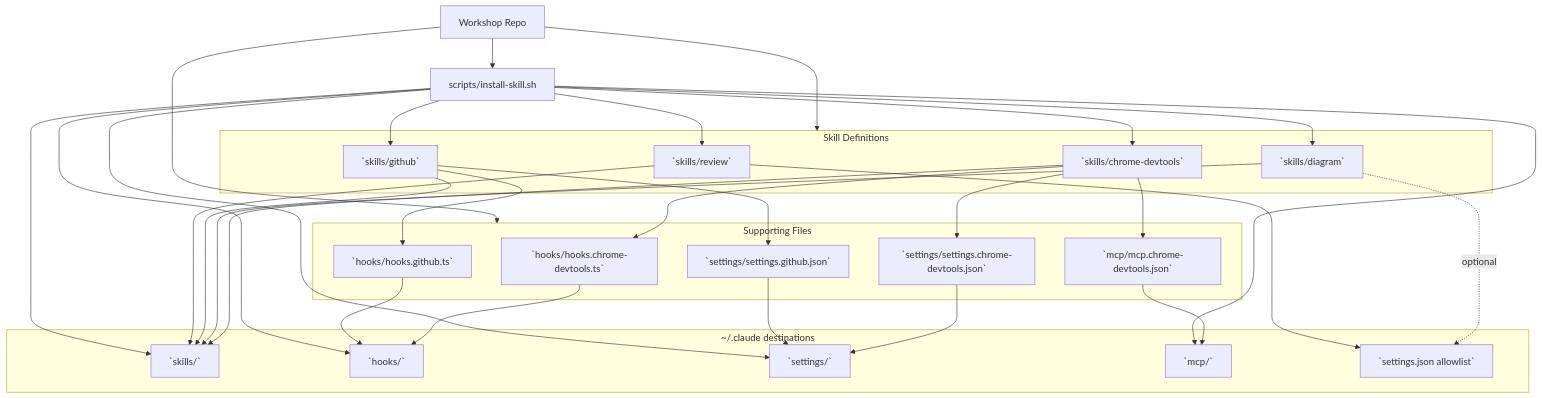
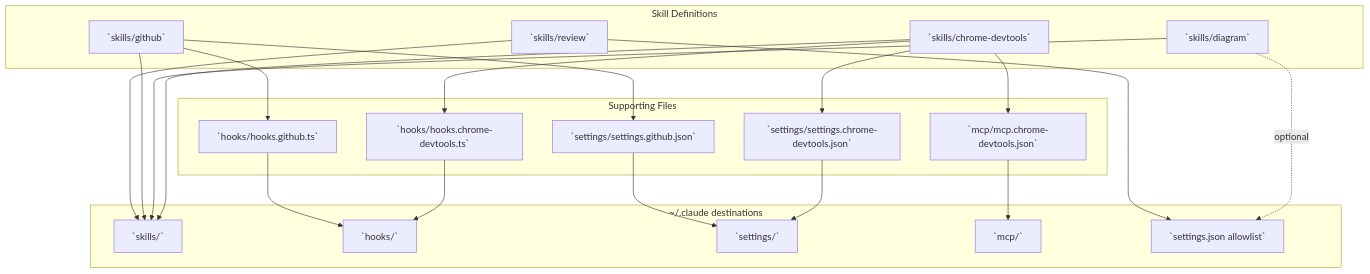
The diagram in README.md (nsportsman/claude-workshop-skills), drawn with Mermaid before and after one commit. The commit also changed other lines of this file, not shown here.

Commit message:
Trim architecture diagram to skills and support files

````diff
--- a/README.md
+++ b/README.md
@@ -18,63 +18,46 @@
 ```mermaid
 flowchart TB
-    Repo[Workshop Repo]
-    Script[scripts/install-skill.sh]
-
-    Repo --> Script
-    Repo --> Skills
-    Repo --> Support
-
     subgraph Skills["Skill Definitions"]
         Chrome[`skills/chrome-devtools`]
         Diagram[`skills/diagram`]
         Github[`skills/github`]
         Review[`skills/review`]
     end
 
     subgraph Support["Supporting Files"]
         HookCD[`hooks/hooks.chrome-devtools.ts`]
         HookGH[`hooks/hooks.github.ts`]
         SetCD[`settings/settings.chrome-devtools.json`]
         SetGH[`settings/settings.github.json`]
         MCPChrome[`mcp/mcp.chrome-devtools.json`]
     end
 
     subgraph Claude["~/.claude destinations"]
         DestSkills[`skills/<name>`]
         DestHooks[`hooks/`]
         DestSettings[`settings/`]
         DestMCP[`mcp/`]
         SettingsJson[`settings.json allowlist`]
     end
 
-    Script --> Chrome
-    Script --> Diagram
-    Script --> Github
-    Script --> Review
-
     Chrome --> HookCD
     Chrome --> SetCD
     Chrome --> MCPChrome
 
     Github --> HookGH
     Github --> SetGH
 
     Diagram -. optional -.-> SettingsJson
     Review --> SettingsJson
 
     Chrome --> DestSkills
     Diagram --> DestSkills
     Github --> DestSkills
     Review --> DestSkills
 
     HookCD --> DestHooks
     HookGH --> DestHooks
     SetCD --> DestSettings
     SetGH --> DestSettings
     MCPChrome --> DestMCP
-
-    Script --> DestSkills
-    Script --> DestHooks
-    Script --> DestSettings
-    Script --> DestMCP
 ```
````
